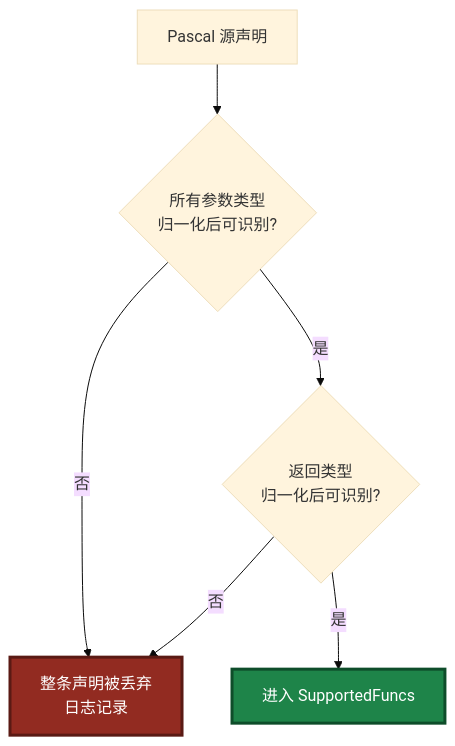
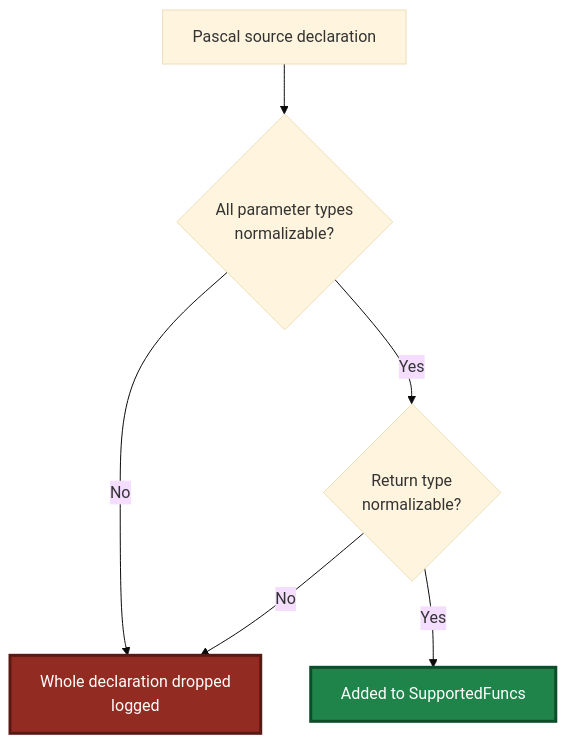
The fifth of 13 diagrams in src/pascal_c_to_mcp/MCP_API_Contract.md (PassByYou888/LingoFuse-Tools), drawn with Mermaid (base theme) before and after one commit. The commit also changed other lines of this file, not shown here.

````diff
--- a/src/pascal_c_to_mcp/MCP_API_Contract.md
+++ b/src/pascal_c_to_mcp/MCP_API_Contract.md
@@ -316,11 +316,11 @@
 ```mermaid
 flowchart TD
-    A["Pascal 源声明"] --> B{"所有参数类型<br/>归一化后可识别?"}
-    B -- 否 --> X["整条声明被丢弃<br/>日志记录"]
-    B -- 是 --> C{"返回类型<br/>归一化后可识别?"}
-    C -- 否 --> X
-    C -- 是 --> D["进入 SupportedFuncs"]
+    A["Pascal source declaration"] --> B{"All parameter types<br/>normalizable?"}
+    B -- No --> X["Whole declaration dropped<br/>logged"]
+    B -- Yes --> C{"Return type<br/>normalizable?"}
+    C -- No --> X
+    C -- Yes --> D["Added to SupportedFuncs"]
 
     style X fill:#922B21,stroke:#5A1A14,stroke-width:3px,color:#FFFFFF
     style D fill:#1E8449,stroke:#0E4D2A,stroke-width:3px,color:#FFFFFF
 ```
````
